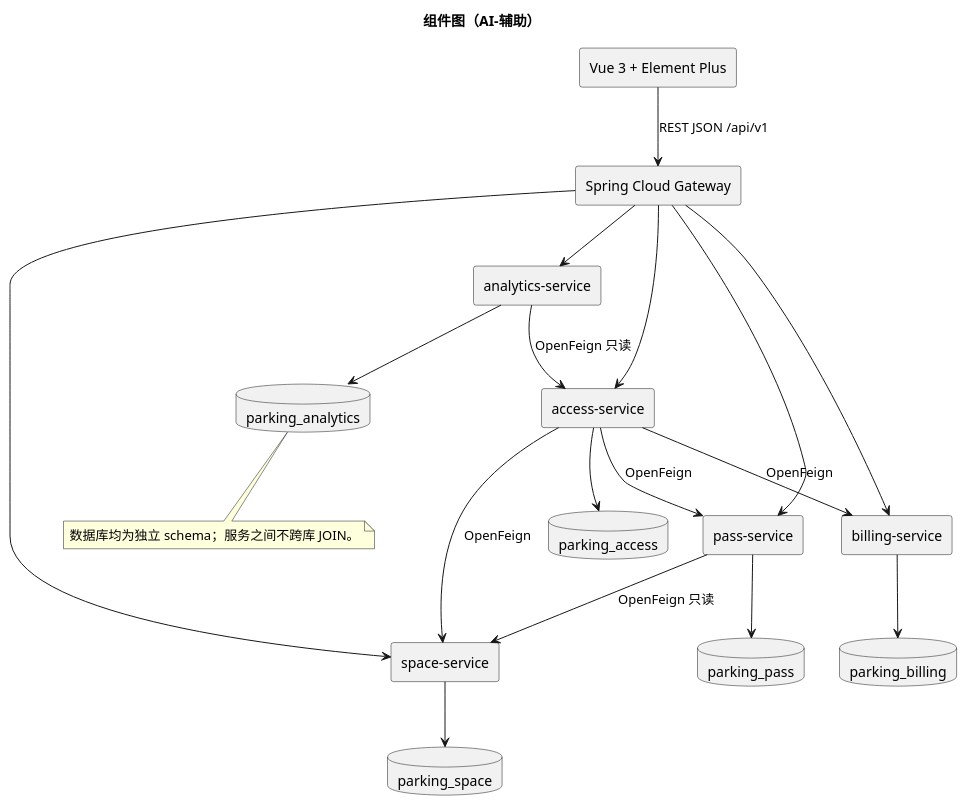
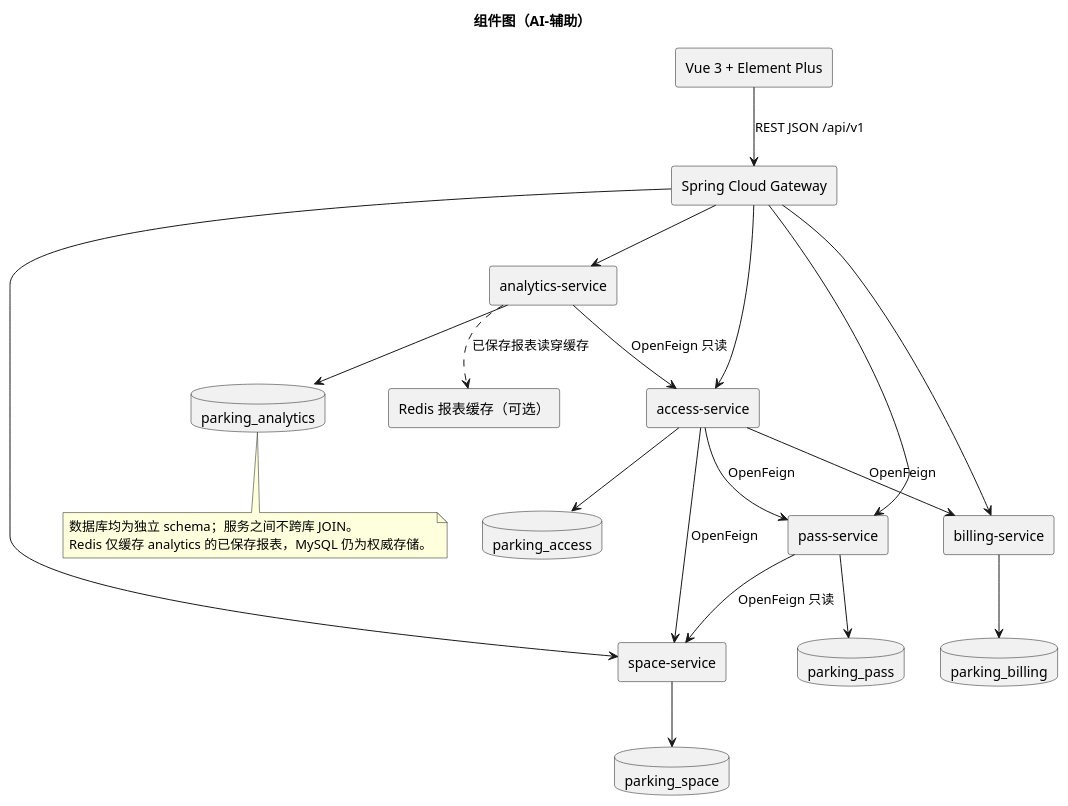
The diagram in models/12-components.puml (Gindama713/UMLWORK), drawn with PlantUML before and after one commit. The commit also changed 18 other files, not shown here.

Commit message:
feat(analytics): cache saved traffic reports in optional Redis

```diff
--- a/models/12-components.puml
+++ b/models/12-components.puml
@@ -1,35 +1,38 @@
 @startuml
 title 组件图（AI-辅助）
 skinparam componentStyle rectangle
 component "Vue 3 + Element Plus" as ui
 component "Spring Cloud Gateway" as gateway
 component "access-service" as access
 component "space-service" as space
 component "pass-service" as pass
 component "billing-service" as billing
 component "analytics-service" as analytics
+component "Redis 报表缓存（可选）" as redis
 database "parking_access" as dba
 database "parking_space" as dbs
 database "parking_pass" as dbp
 database "parking_billing" as dbb
 database "parking_analytics" as dban
 ui --> gateway : REST JSON /api/v1
 gateway --> access
 gateway --> space
 gateway --> pass
 gateway --> billing
 gateway --> analytics
 access --> space : OpenFeign
 access --> pass : OpenFeign
 access --> billing : OpenFeign
 pass --> space : OpenFeign 只读
 analytics --> access : OpenFeign 只读
+analytics ..> redis : 已保存报表读穿缓存
 access --> dba
 space --> dbs
 pass --> dbp
 billing --> dbb
 analytics --> dban
 note bottom
 数据库均为独立 schema；服务之间不跨库 JOIN。
+Redis 仅缓存 analytics 的已保存报表，MySQL 仍为权威存储。
 end note
 @enduml
```
